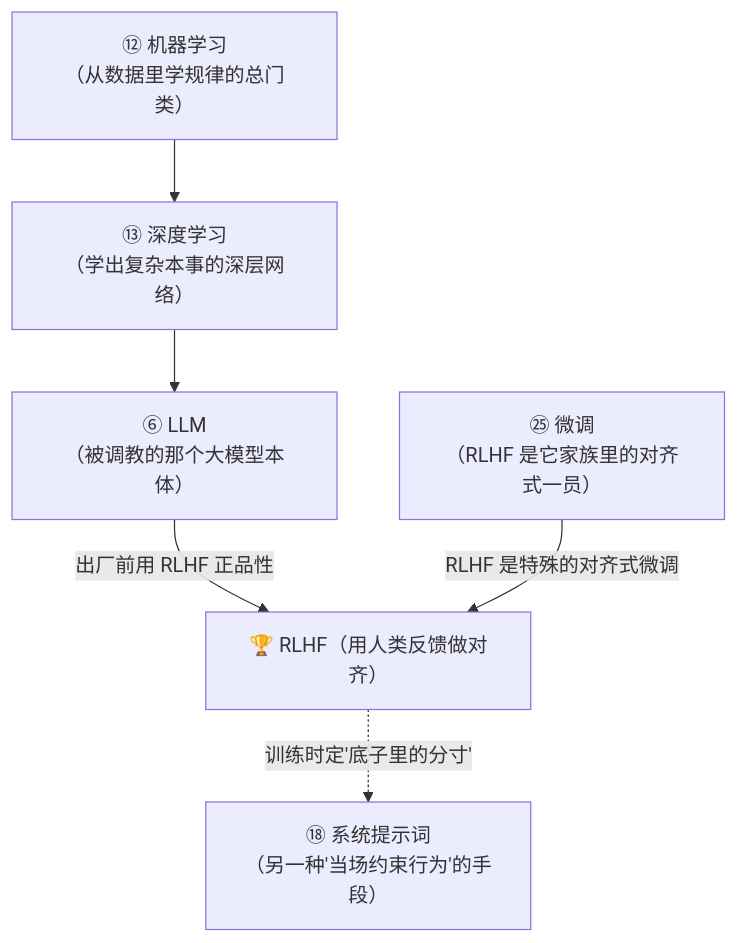
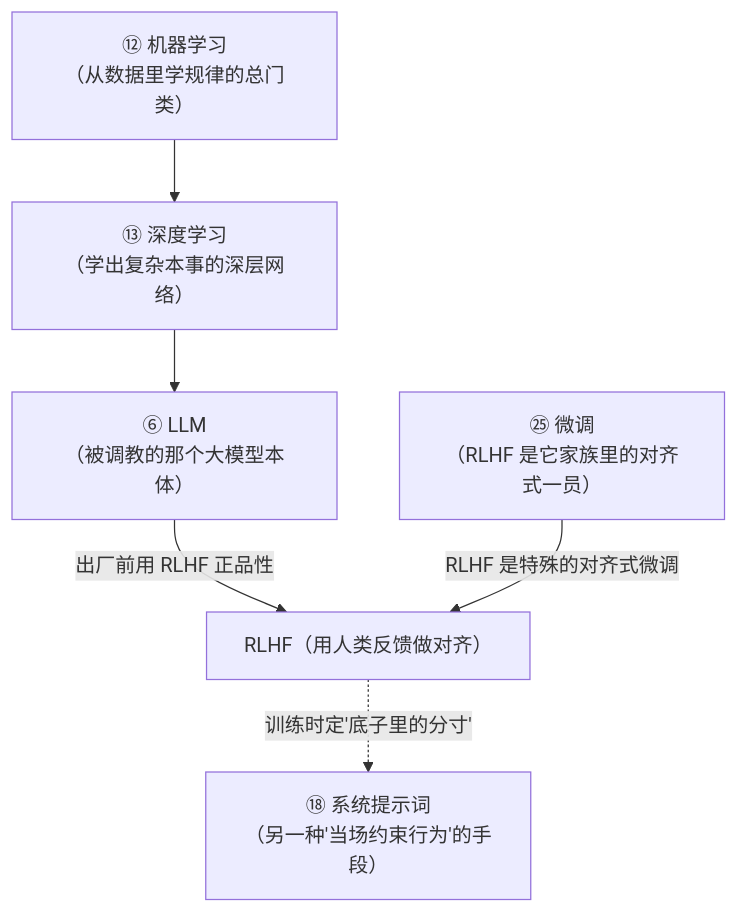
The fifth of 5 diagrams in docs/02_CONCEPTS_概念入门/CONCEPT/[CONCEPT-26] 什么是强化学习-RLHF.md (luckykhy/KhyAiHub), drawn with Mermaid before and after one commit. The commit also changed other lines of this file and 19 other files, not shown here.

````diff
--- a/docs/02_CONCEPTS_概念入门/CONCEPT/[CONCEPT-26] 什么是强化学习-RLHF.md
+++ b/docs/02_CONCEPTS_概念入门/CONCEPT/[CONCEPT-26] 什么是强化学习-RLHF.md
@@ -259,14 +259,14 @@
 ```mermaid
 flowchart TB
-  RLHF["🏆 RLHF（用人类反馈做对齐）"]
+  RLHF["RLHF（用人类反馈做对齐）"]
   ML["⑫ 机器学习<br/>（从数据里学规律的总门类）"]
   DL["⑬ 深度学习<br/>（学出复杂本事的深层网络）"]
   LLM["⑥ LLM<br/>（被调教的那个大模型本体）"]
   FT["㉕ 微调<br/>（RLHF 是它家族里的对齐式一员）"]
   SYS["⑱ 系统提示词<br/>（另一种'当场约束行为'的手段）"]
   ML --> DL
   DL --> LLM
   LLM -->|"出厂前用 RLHF 正品性"| RLHF
   FT -->|"RLHF 是特殊的对齐式微调"| RLHF
   RLHF -.->|"训练时定'底子里的分寸'"| SYS
 ```
````
